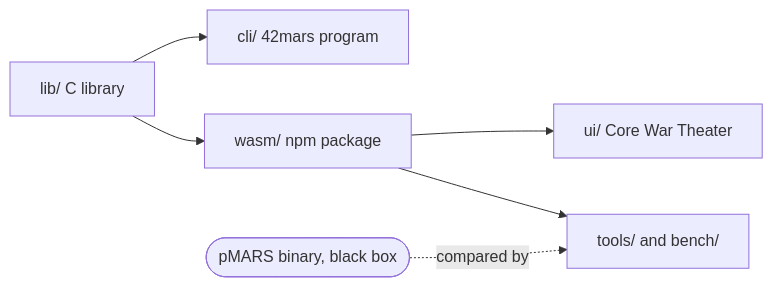
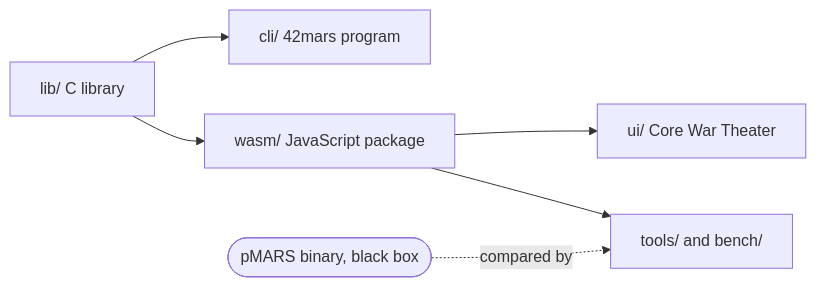
One commit to martinus/42mars changed the diagram in README.md. Above: the diagram before and after it, drawn with Mermaid. The commit also changed other lines of this file and 7 other files, not shown here.

````diff
--- a/README.md
+++ b/README.md
@@ -240,8 +240,8 @@
 ```mermaid
 flowchart LR
   lib["lib/ C library"] --> cli["cli/ 42mars program"]
-  lib --> wasm["wasm/ npm package"]
+  lib --> wasm["wasm/ JavaScript package"]
   wasm --> ui["ui/ Core War Theater"]
   wasm --> tools["tools/ and bench/"]
   pmars(["pMARS binary, black box"]) -. compared by .-> tools
 ```
````
